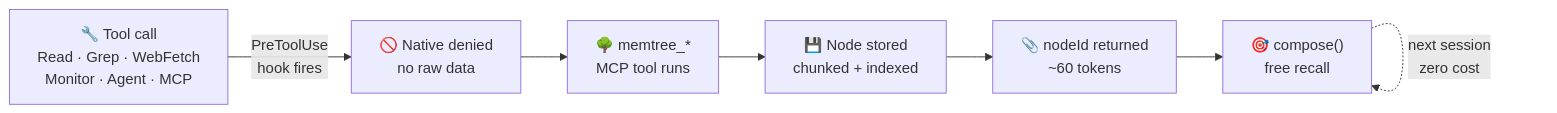
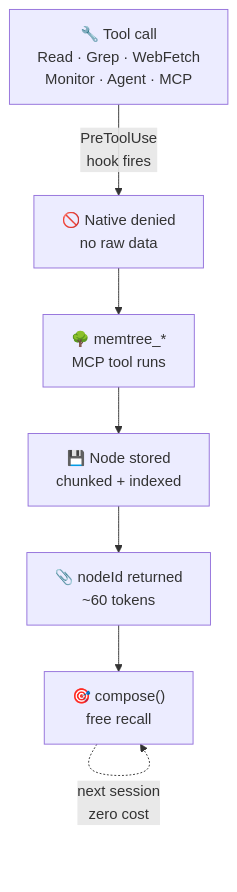
The diagram in README.md (joeblackwaslike/ctx-tree), drawn with Mermaid before and after one commit. The commit also changed other lines of this file, not shown here.

Commit message:
docs: make how-it-works diagram vertical, remove redundant text block

````diff
--- a/README.md
+++ b/README.md
@@ -145,9 +129,9 @@
 ```mermaid
-flowchart LR
+flowchart TD
     A["🔧 Tool call\nRead · Grep · WebFetch\nMonitor · Agent · MCP"] -->|"PreToolUse\nhook fires"| B["🚫 Native denied\nno raw data"]
     B --> C["🌳 memtree_*\nMCP tool runs"]
     C --> D["💾 Node stored\nchunked + indexed"]
     D --> E["📎 nodeId returned\n~60 tokens"]
     E --> F["🎯 compose()\nfree recall"]
     F -.->|"next session\nzero cost"| F
 ```
````
